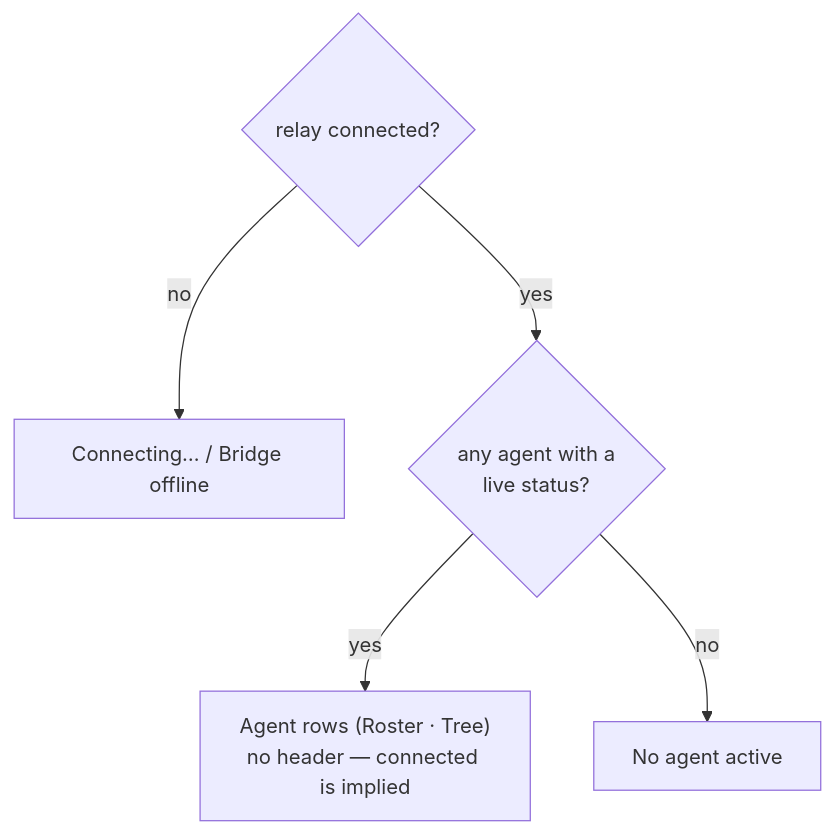
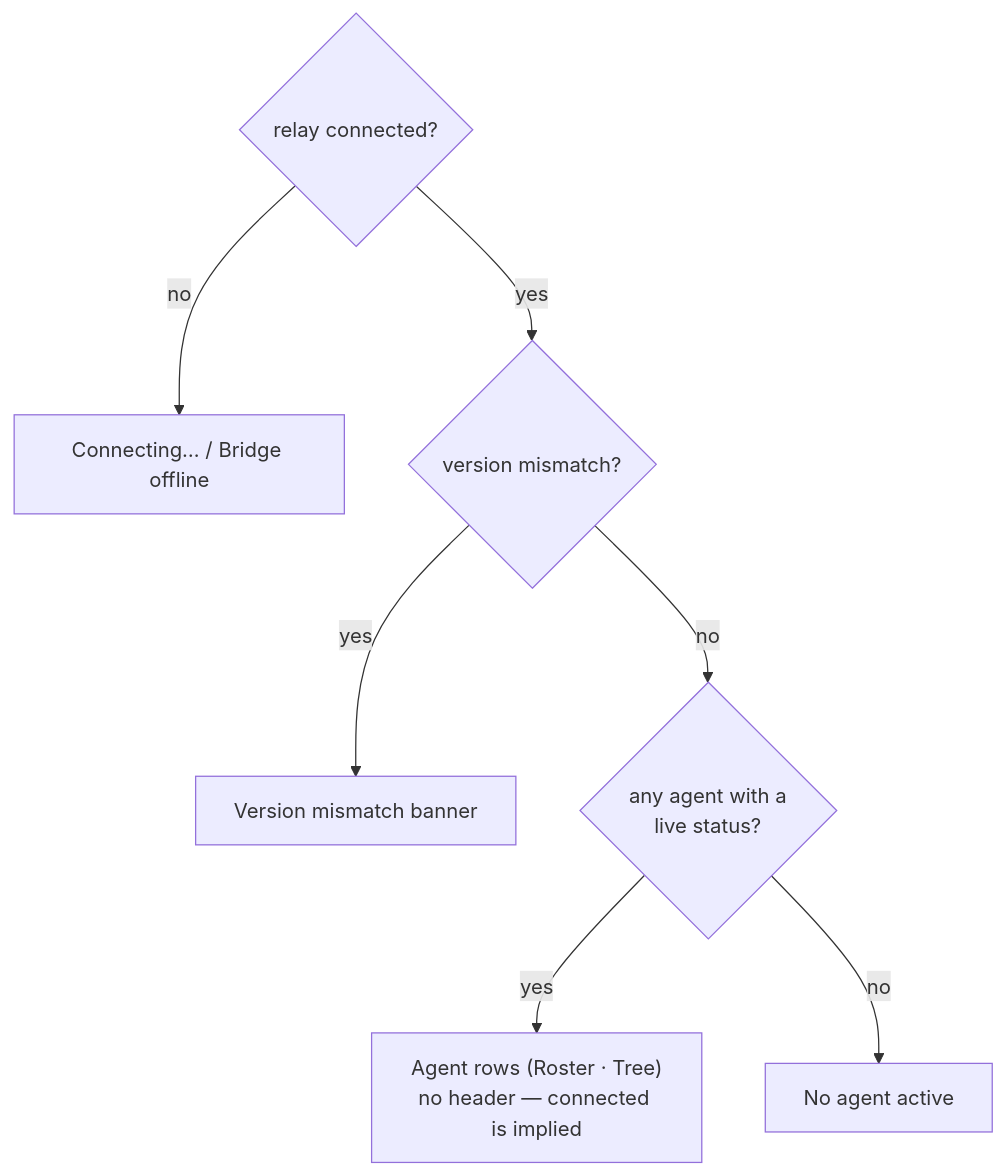
Before and after one commit to yleilu/figma-agent-bridge: the first of 3 diagrams in docs/specs/status-monitor.md, drawn with Mermaid. The commit also changed other lines of this file and 1 other file, not shown here.

First line of the commit message:
docs(spec): version-mismatch is surfaced by the plugin panel banner

````diff
--- a/docs/specs/status-monitor.md
+++ b/docs/specs/status-monitor.md
@@ -44,8 +50,10 @@
 ```mermaid
 flowchart TB
     Q1{"relay connected?"}
     Q1 -- no --> C1["Connecting… / Bridge offline"]
-    Q1 -- yes --> Q2{"any agent with a\nlive status?"}
+    Q1 -- yes --> Q0{"version mismatch?"}
+    Q0 -- yes --> VM["Version mismatch banner"]
+    Q0 -- no --> Q2{"any agent with a\nlive status?"}
     Q2 -- yes --> AG["Agent rows (Roster · Tree)\nno header — connected is implied"]
     Q2 -- no --> C3["No agent active"]
 ```
````
